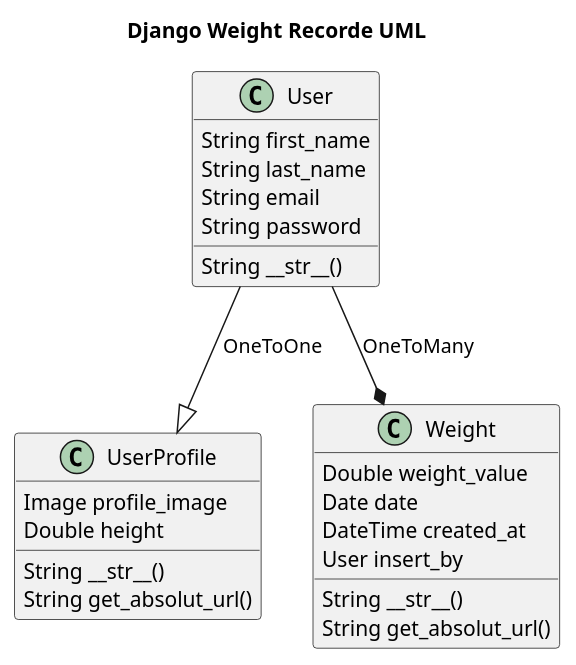
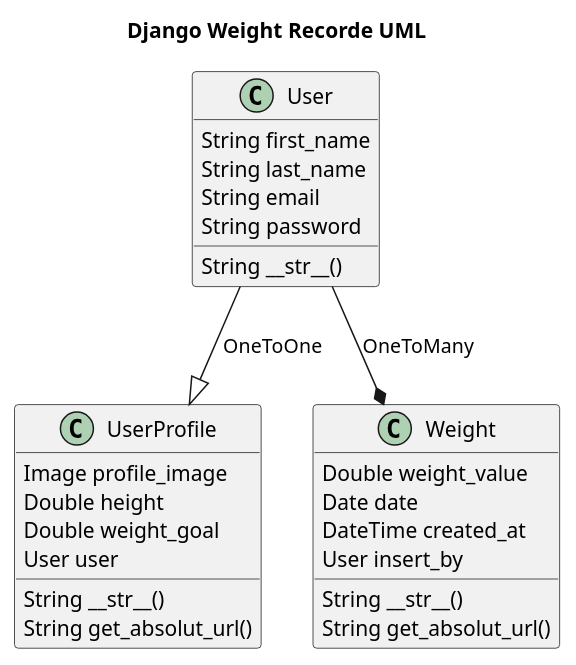
Before and after one commit to CleysonPH/django-weight-recorde: the diagram in uml/uml.wsd, drawn with PlantUML. The commit also changed 2 other files, not shown here.

Commit message:
Add the fields user and weight_goal in the UserProfile UML diagram

```diff
--- a/uml/uml.wsd
+++ b/uml/uml.wsd
@@ -1,35 +1,37 @@
 @startuml Django Weight Recorde
 
 title Django Weight Recorde UML
 
 User --|> UserProfile : OneToOne
 User --*  Weight : OneToMany
 
 class Weight {
     Double weight_value
     Date date
     DateTime created_at
     User insert_by
 
     String __str__()
     String get_absolut_url()
 }
 
 class User {
     String first_name
     String last_name
     String email
     String password
 
     String __str__()
 }
 
 class UserProfile {
     Image profile_image
     Double height
+    Double weight_goal
+    User user
 
     String __str__()
     String get_absolut_url()
 }
 
 @enduml
```
